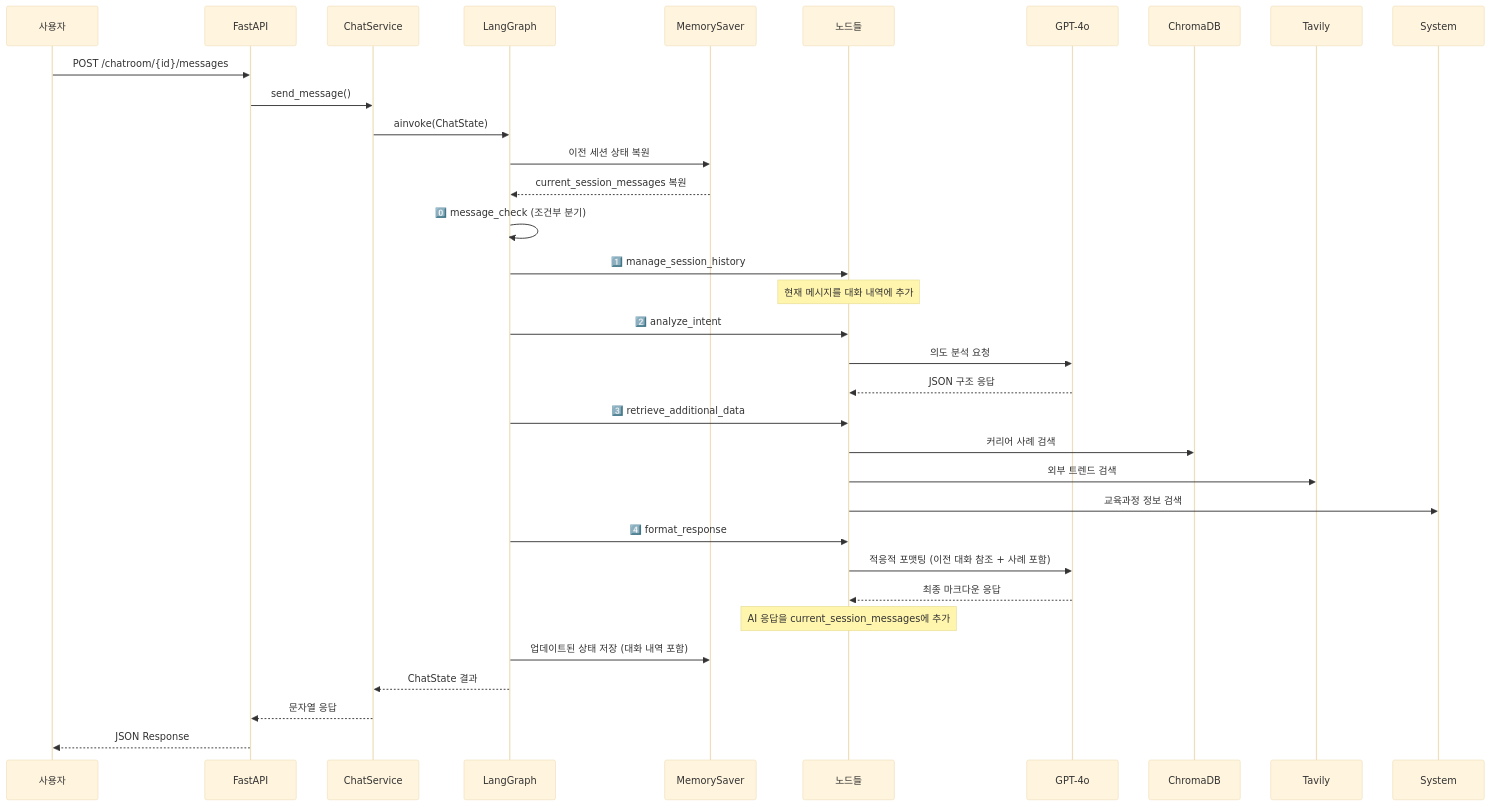
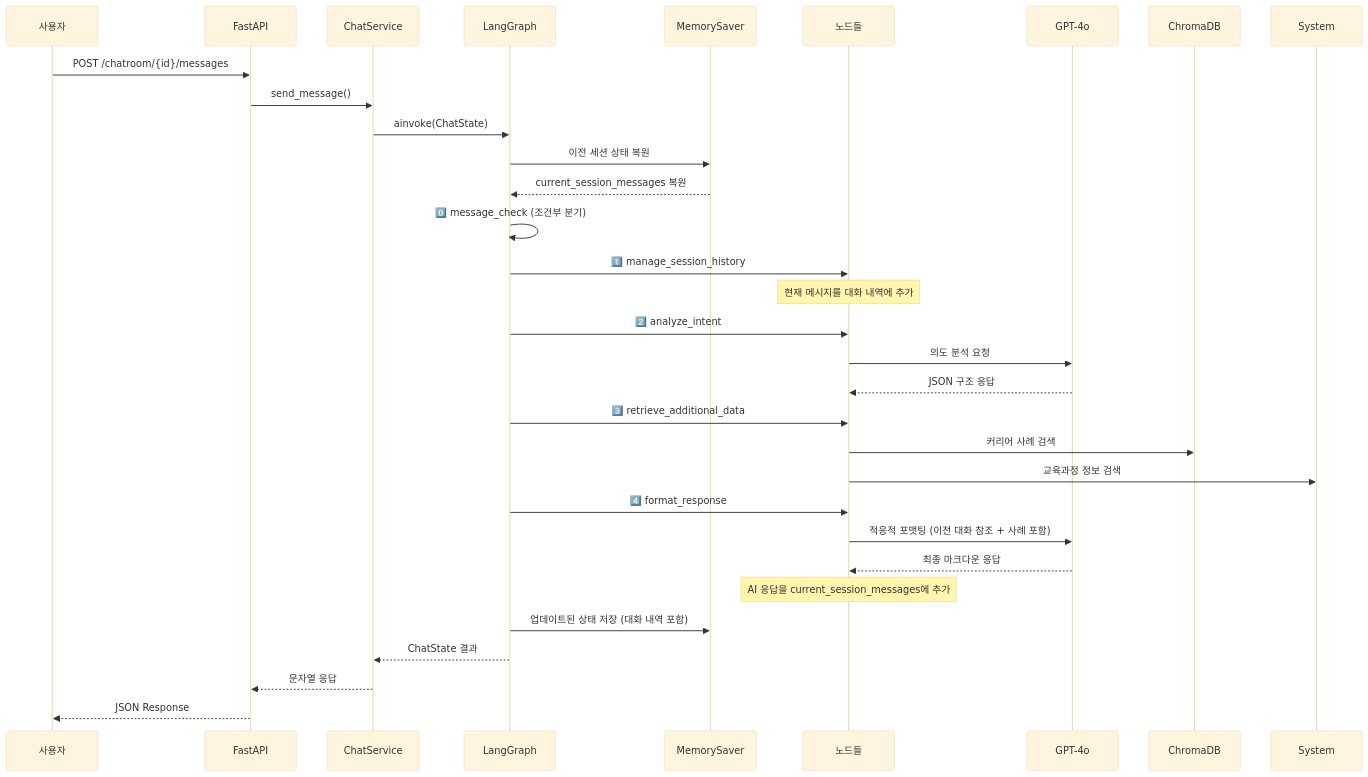
The third of 3 diagrams in README.md (SK4toB/g-navi-ai-api), drawn with Mermaid (base theme) before and after one commit. The commit also changed other lines of this file and 8 other files, not shown here.

````diff
--- a/README.md
+++ b/README.md
@@ -192,41 +188,40 @@
 ```mermaid
 sequenceDiagram
     participant User as 사용자
     participant API as FastAPI
     participant Service as ChatService
     participant Graph as LangGraph
     participant MemorySaver as MemorySaver
     participant Nodes as 노드들
     participant LLM as GPT-4o
     
     User->>API: POST /chatroom/{id}/messages
     API->>Service: send_message()
     Service->>Graph: ainvoke(ChatState)
     
     Graph->>MemorySaver: 이전 세션 상태 복원
     MemorySaver-->>Graph: current_session_messages 복원
     
     Graph->>Graph: 0️⃣ message_check (조건부 분기)
     
     Graph->>Nodes: 1️⃣ manage_session_history
     Note over Nodes: 현재 메시지를 대화 내역에 추가
     
     Graph->>Nodes: 2️⃣ analyze_intent
     Nodes->>LLM: 의도 분석 요청
     LLM-->>Nodes: JSON 구조 응답
     
     Graph->>Nodes: 3️⃣ retrieve_additional_data
     Nodes->>ChromaDB: 커리어 사례 검색
-    Nodes->>Tavily: 외부 트렌드 검색
     Nodes->>System: 교육과정 정보 검색
     
     Graph->>Nodes: 4️⃣ format_response
     Nodes->>LLM: 적응적 포맷팅 (이전 대화 참조 + 사례 포함)
     LLM-->>Nodes: 최종 마크다운 응답
     Note over Nodes: AI 응답을 current_session_messages에 추가
     
     Graph->>MemorySaver: 업데이트된 상태 저장 (대화 내역 포함)
     Graph-->>Service: ChatState 결과
     Service-->>API: 문자열 응답
     API-->>User: JSON Response
 ```
````
